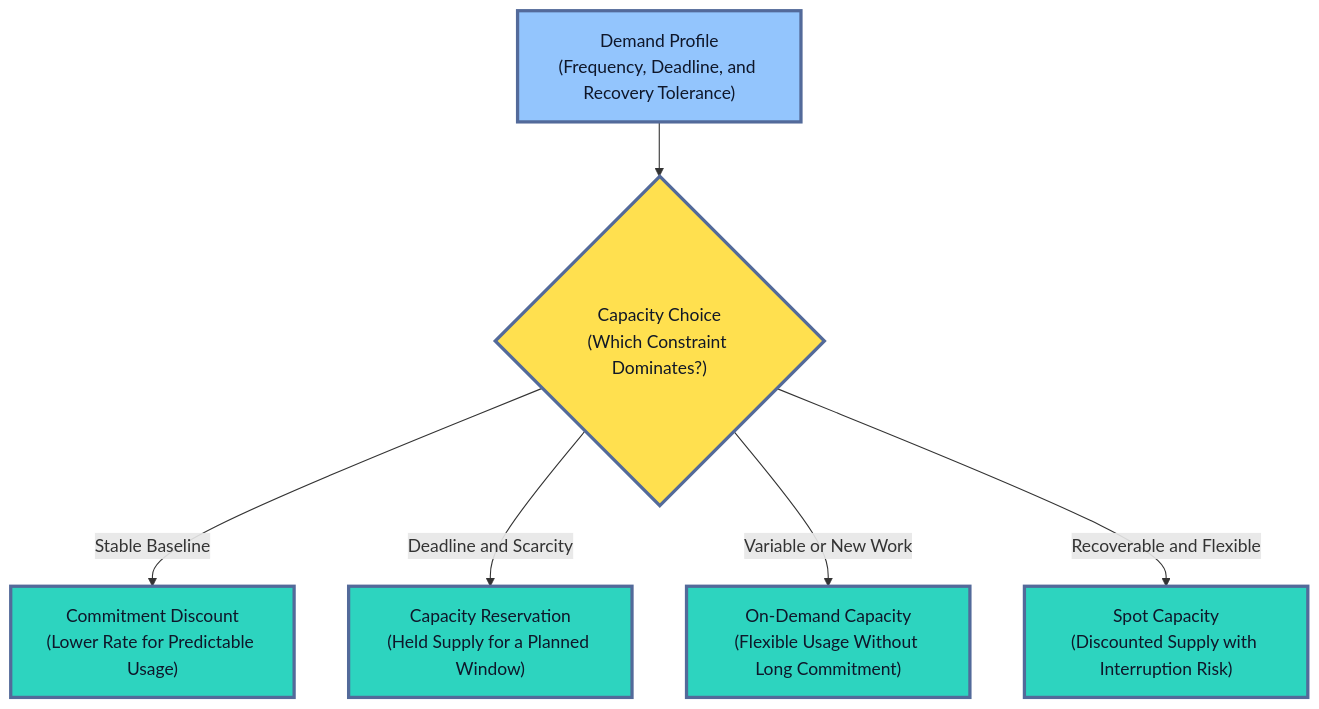
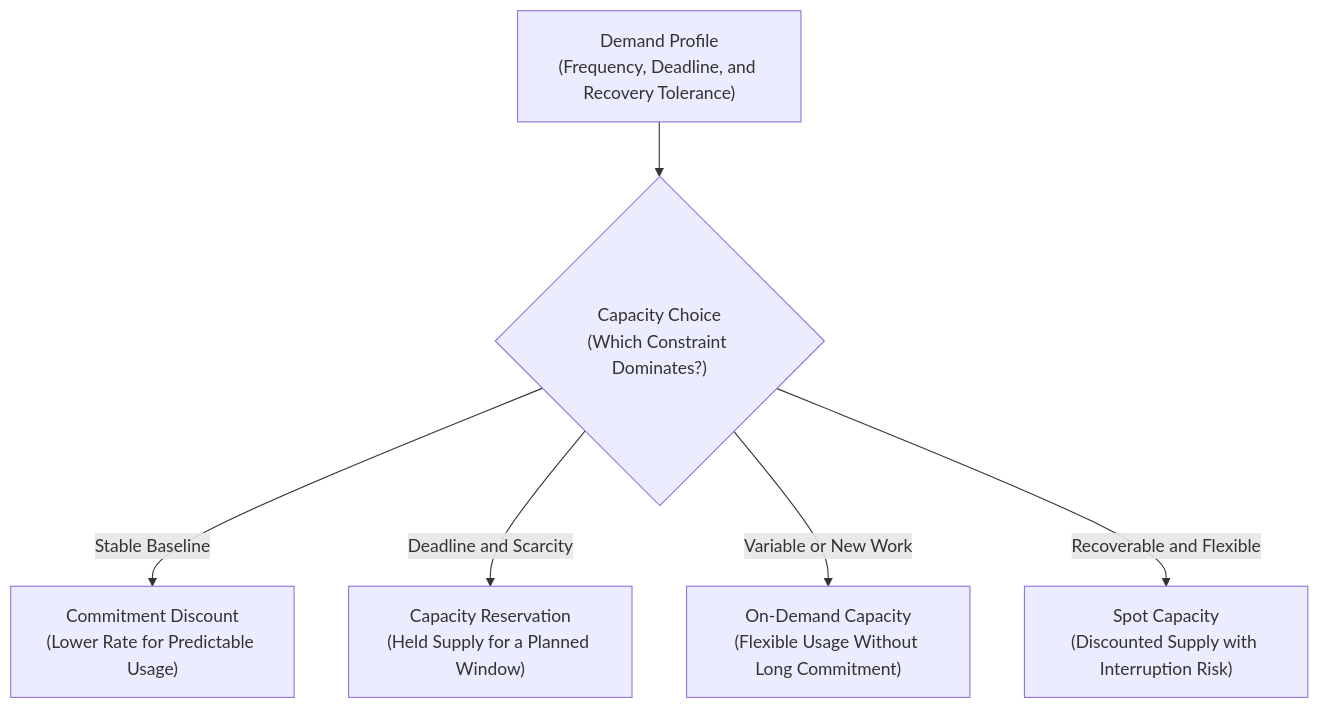
The third of 5 diagrams in roadmaps/mlops/modules/training-pipelines/scaling-training/03-training-cost-and-quotas.md (senlinyy/dev-roadmaps), drawn with Mermaid before and after one commit. The commit also changed other lines of this file and 152 other files, not shown here.

Commit message:
feat: mlops and diagrams updated

````diff
--- a/roadmaps/mlops/modules/training-pipelines/scaling-training/03-training-cost-and-quotas.md
+++ b/roadmaps/mlops/modules/training-pipelines/scaling-training/03-training-cost-and-quotas.md
@@ -246,15 +240,12 @@
 ```mermaid
 flowchart TD
     A["Demand Profile<br/>(Frequency, Deadline, and Recovery Tolerance)"] --> B{"Capacity Choice<br/>(Which Constraint Dominates?)"}
     B -->|"Stable Baseline"| C["Commitment Discount<br/>(Lower Rate for Predictable Usage)"]
     B -->|"Deadline and Scarcity"| D["Capacity Reservation<br/>(Held Supply for a Planned Window)"]
     B -->|"Variable or New Work"| E["On-Demand Capacity<br/>(Flexible Usage Without Long Commitment)"]
     B -->|"Recoverable and Flexible"| F["Spot Capacity<br/>(Discounted Supply with Interruption Risk)"]
 
-    classDef input fill:#93C5FD,stroke:#536A9A,stroke-width:3px,color:#0F172A
-    classDef decision fill:#FFE04F,stroke:#536A9A,stroke-width:3px,color:#111827
-    classDef choice fill:#2DD4BF,stroke:#536A9A,stroke-width:3px,color:#0F172A
     class A input
     class B decision
     class C,D,E,F choice
 ```
````
